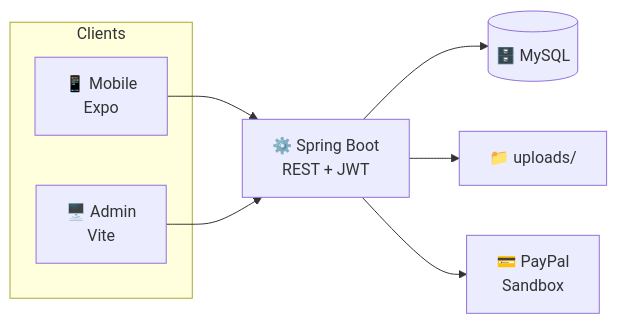
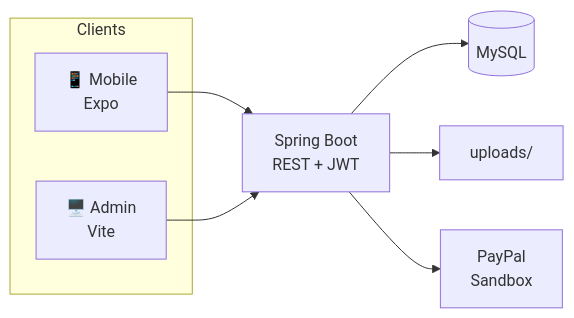
Before and after one commit to aya-zidan04/Vibook: the diagram in README.md, drawn with Mermaid. The commit also changed other lines of this file, not shown here.

````diff
--- a/README.md
+++ b/README.md
@@ -121,17 +121,17 @@
 ```mermaid
 flowchart LR
     subgraph Clients
         M[📱 Mobile<br/>Expo]
         A[🖥️ Admin<br/>Vite]
     end
-    API[⚙️ Spring Boot<br/>REST + JWT]
-    DB[(🗄️ MySQL)]
-    PP[💳 PayPal<br/>Sandbox]
-    FS[📁 uploads/]
+    API[ Spring Boot<br/>REST + JWT]
+    DB[( MySQL)]
+    PP[ PayPal<br/>Sandbox]
+    FS[ uploads/]
 
     M --> API
     A --> API
     API --> DB
     API --> FS
     API --> PP
 ```
````
